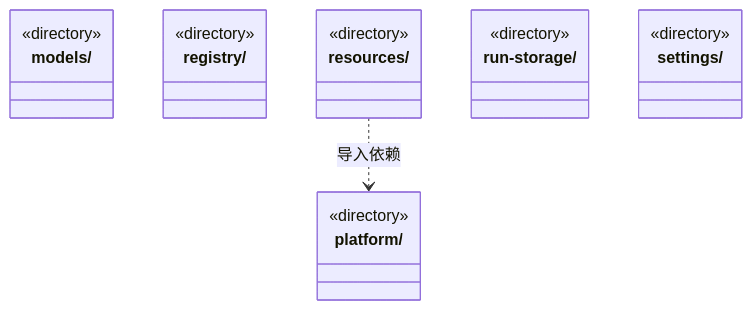
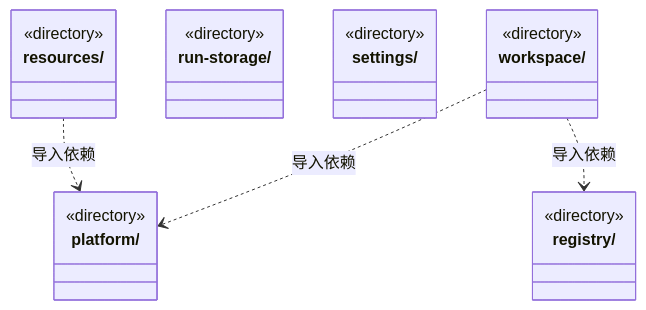
One commit to nan023062/cbim changed the third of 7 diagrams in src/backend/main/ARCHITECTURE.md. Above: the diagram before and after it, drawn with Mermaid. The commit also changed other lines of this file and 74 other files, not shown here.

````diff
--- a/src/backend/main/ARCHITECTURE.md
+++ b/src/backend/main/ARCHITECTURE.md
@@ -70,22 +70,24 @@
 ```mermaid
 classDiagram
-class N_src_backend_main_models["models/"] {
-  <<directory>>
-}
 class N_src_backend_main_platform["platform/"] {
   <<directory>>
 }
 class N_src_backend_main_registry["registry/"] {
   <<directory>>
 }
 class N_src_backend_main_resources["resources/"] {
   <<directory>>
 }
 class N_src_backend_main_run_storage["run-storage/"] {
   <<directory>>
 }
 class N_src_backend_main_settings["settings/"] {
   <<directory>>
 }
+class N_src_backend_main_workspace["workspace/"] {
+  <<directory>>
+}
 N_src_backend_main_resources ..> N_src_backend_main_platform : 导入依赖
+N_src_backend_main_workspace ..> N_src_backend_main_platform : 导入依赖
+N_src_backend_main_workspace ..> N_src_backend_main_registry : 导入依赖
 ```
````
